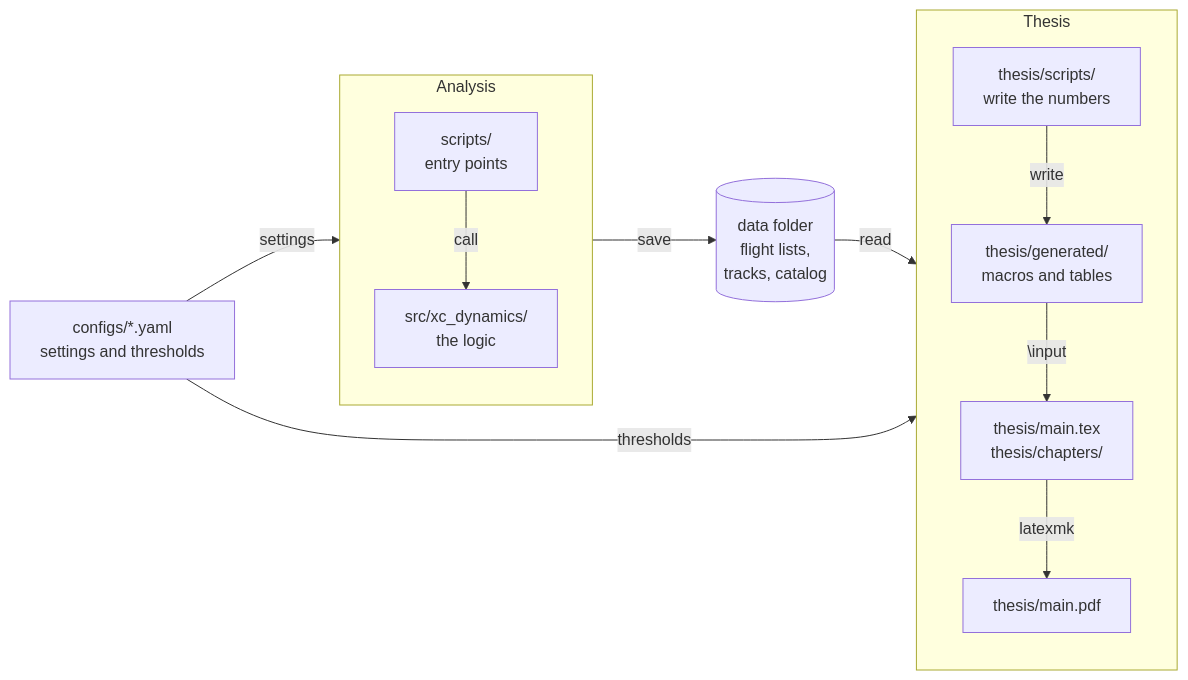
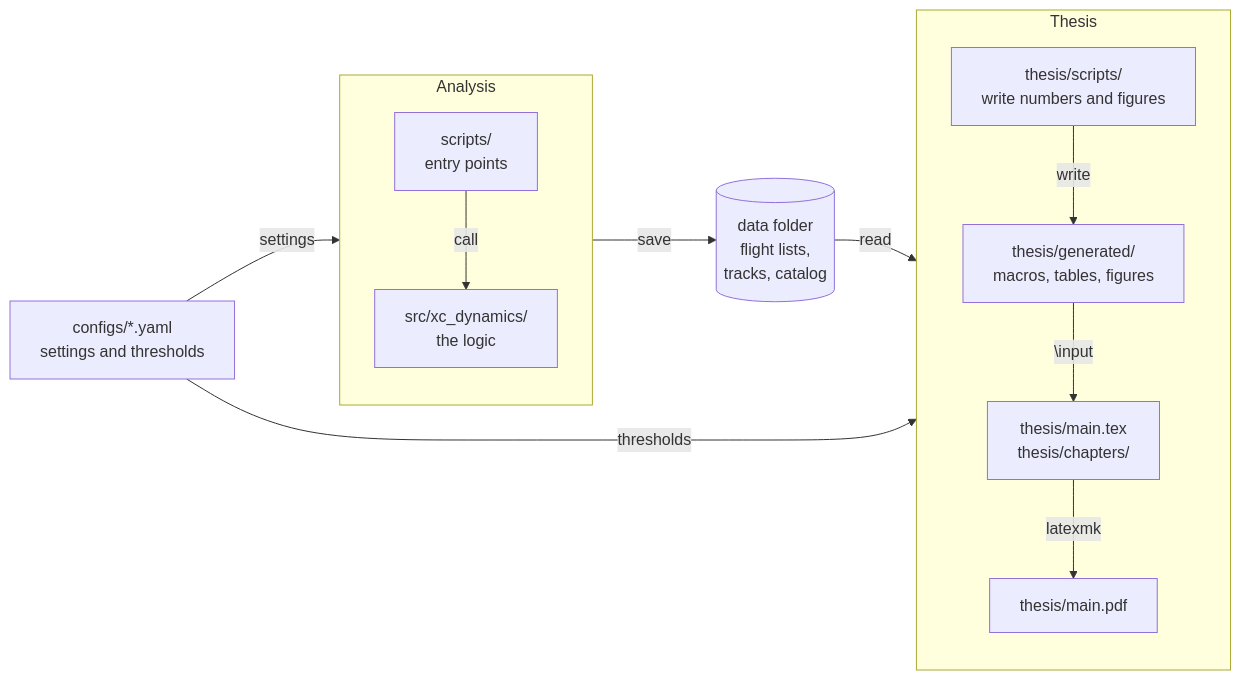
Before and after one commit to matteodisante/xc-dynamics: the diagram in docs/architecture.md, drawn with Mermaid. The commit also changed other lines of this file and 16 other files, not shown here.

````diff
--- a/docs/architecture.md
+++ b/docs/architecture.md
@@ -7,26 +7,26 @@
 ```mermaid
 flowchart LR
     configs["configs/*.yaml<br>settings and thresholds"]
     subgraph analysis ["Analysis"]
         direction TB
         scripts["scripts/<br>entry points"]
         src["src/xc_dynamics/<br>the logic"]
         scripts -->|call| src
     end
     data[("data folder<br>flight lists,<br>tracks, catalog")]
     subgraph thesis ["Thesis"]
         direction TB
-        tscripts["thesis/scripts/<br>write the numbers"]
-        generated["thesis/generated/<br>macros and tables"]
+        tscripts["thesis/scripts/<br>write numbers and figures"]
+        generated["thesis/generated/<br>macros, tables, figures"]
         tex["thesis/main.tex<br>thesis/chapters/"]
         pdf["thesis/main.pdf"]
         tscripts -->|write| generated
         generated -->|"\input"| tex
         tex -->|latexmk| pdf
     end
 
     configs -->|settings| analysis
     analysis -->|save| data
     data -->|read| thesis
     configs -->|thresholds| thesis
 ```
````
